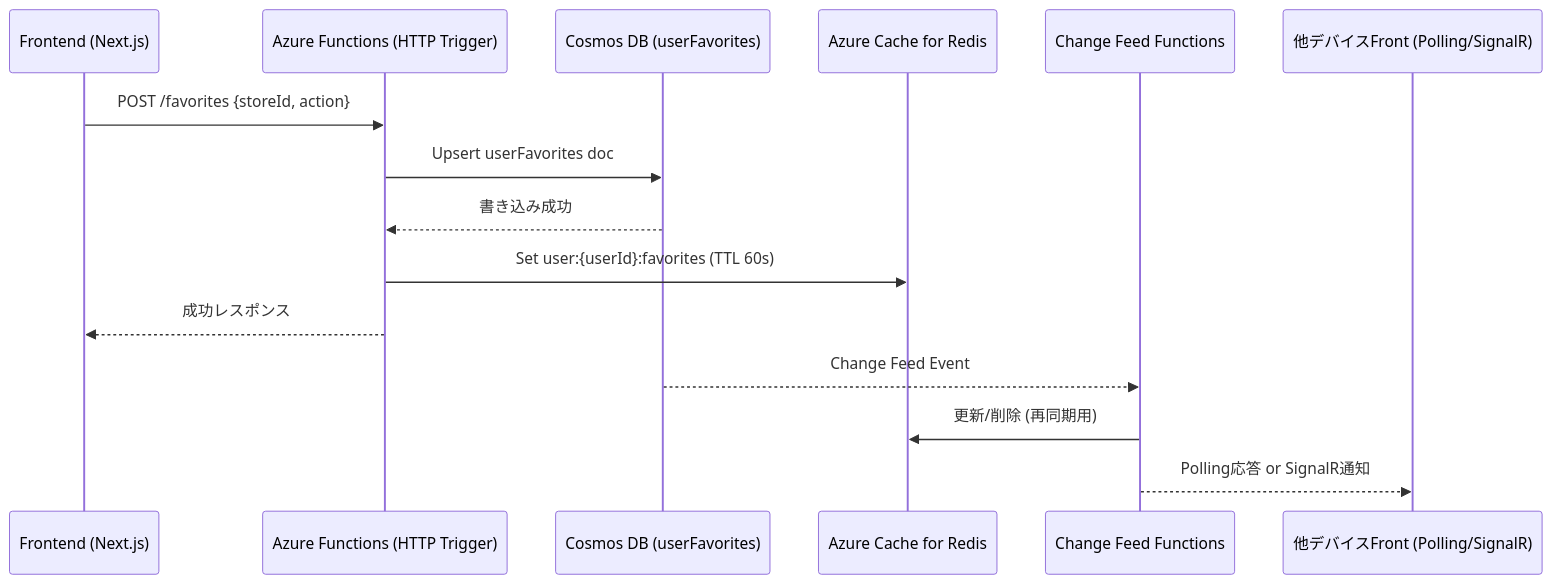
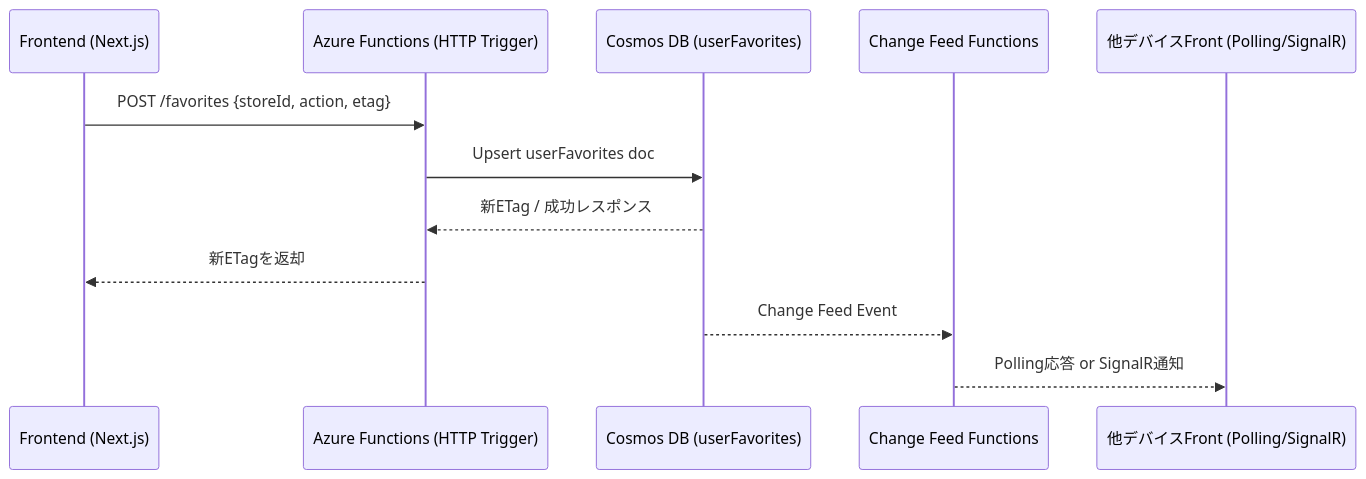
The diagram in docs/blueprint/dataflow/DataFlow_UserFavorites.md (yusuke-sa/cafe-mapping), drawn with Mermaid before and after one commit. The commit also changed other lines of this file and 13 other files, not shown here.

````diff
--- a/docs/blueprint/dataflow/DataFlow_UserFavorites.md
+++ b/docs/blueprint/dataflow/DataFlow_UserFavorites.md
@@ -10,18 +10,15 @@
 ```mermaid
 sequenceDiagram
     participant Frontend as Frontend (Next.js)
     participant APIFunc as Azure Functions (HTTP Trigger)
     participant Cosmos as Cosmos DB (userFavorites)
-    participant Redis as Azure Cache for Redis
     participant ChangeFn as Change Feed Functions
     participant Frontend2 as 他デバイスFront (Polling/SignalR)
 
-    Frontend->>APIFunc: POST /favorites {storeId, action}
+    Frontend->>APIFunc: POST /favorites {storeId, action, etag}
     APIFunc->>Cosmos: Upsert userFavorites doc
-    Cosmos-->>APIFunc: 書き込み成功
-    APIFunc->>Redis: Set user:{userId}:favorites (TTL 60s)
-    APIFunc-->>Frontend: 成功レスポンス
+    Cosmos-->>APIFunc: 新ETag / 成功レスポンス
+    APIFunc-->>Frontend: 新ETagを返却
     Cosmos-->>ChangeFn: Change Feed Event
-    ChangeFn->>Redis: 更新/削除 (再同期用)
     ChangeFn-->>Frontend2: Polling応答 or SignalR通知
 ```
````
